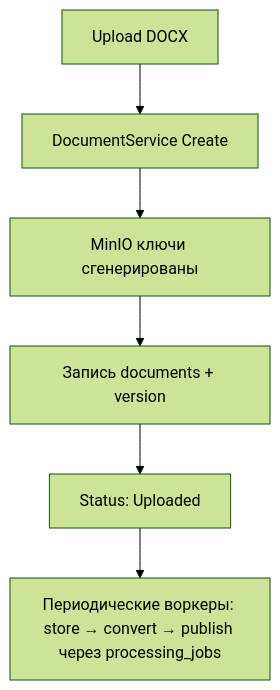
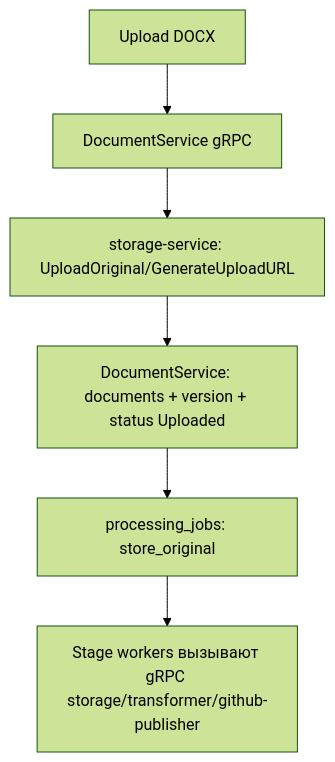
Before and after one commit to FedorovTeam/mono-repo: the first of 3 diagrams in backend/document-service/diagrams.md, drawn with Mermaid (forest theme). The commit also changed 7 other files, not shown here.

Commit message:
Document gRPC boundaries

````diff
--- a/backend/document-service/diagrams.md
+++ b/backend/document-service/diagrams.md
@@ -3,8 +3,8 @@
 ```mermaid
 flowchart TD
-    A[Upload DOCX] --> B[DocumentService Create]
-    B --> C[MinIO ключи сгенерированы]
-    C --> D[Запись documents + version]
-    D --> E[Status: Uploaded]
-    E --> F[Периодические воркеры: store → convert → publish через processing_jobs]
+    A[Upload DOCX] --> B[DocumentService gRPC]
+    B --> C[storage-service: UploadOriginal/GenerateUploadURL]
+    C --> D[DocumentService: documents + version + status Uploaded]
+    D --> E[processing_jobs: store_original]
+    E --> F[Stage workers вызывают gRPC storage/transformer/github-publisher]
 ```
````
